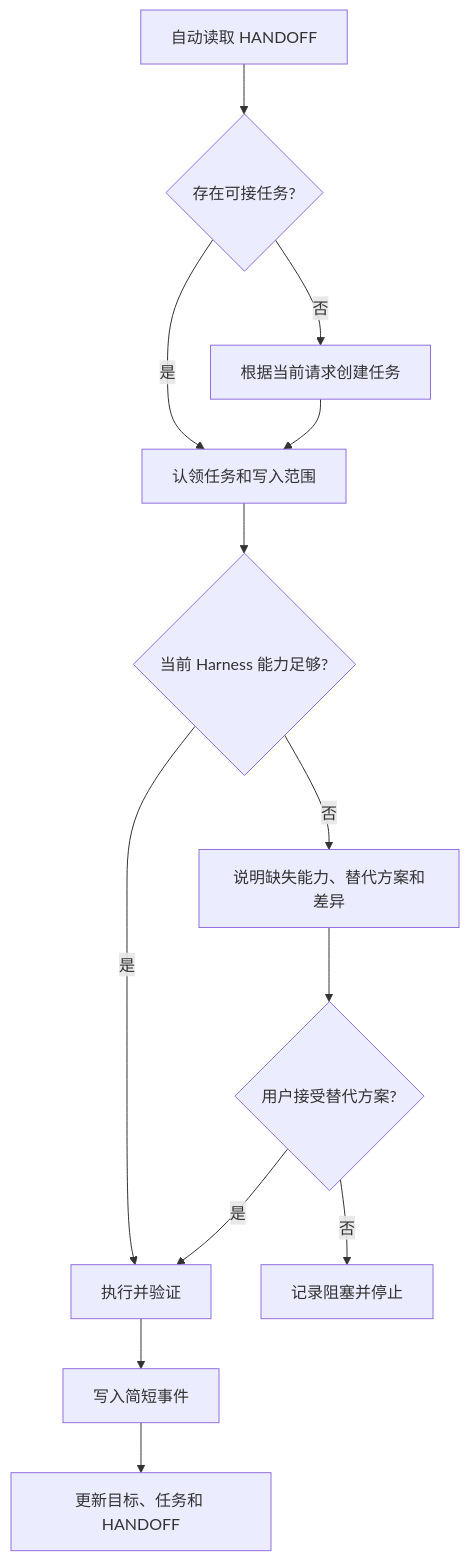
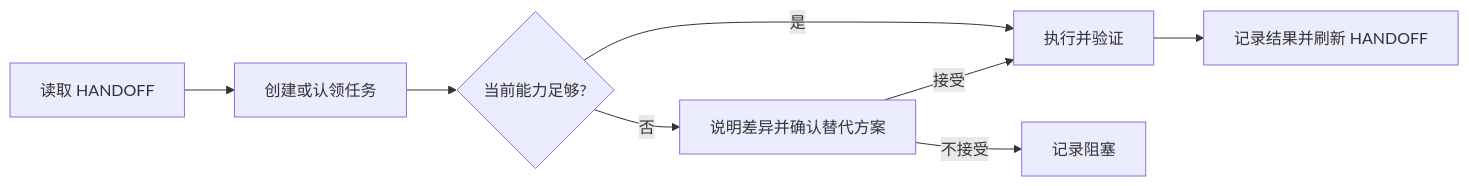
Before and after one commit to chopperH0824/agent-relay: the third of 4 diagrams in README.md, drawn with Mermaid. The commit also changed 1 other file, not shown here.

Commit message:
docs: simplify README workflow diagrams

````diff
--- a/README.md
+++ b/README.md
@@ -316,15 +316,10 @@
 ```mermaid
-flowchart TD
-    A[自动读取 HANDOFF] --> B{存在可接任务?}
-    B -- 是 --> C[认领任务和写入范围]
-    B -- 否 --> D[根据当前请求创建任务]
-    D --> C
-    C --> E{当前 Harness 能力足够?}
-    E -- 是 --> F[执行并验证]
-    E -- 否 --> G[说明缺失能力、替代方案和差异]
-    G --> H{用户接受替代方案?}
-    H -- 是 --> F
-    H -- 否 --> I[记录阻塞并停止]
-    F --> J[写入简短事件]
-    J --> K[更新目标、任务和 HANDOFF]
+flowchart LR
+    A[读取 HANDOFF] --> B[创建或认领任务]
+    B --> C{当前能力足够?}
+    C -- 是 --> D[执行并验证]
+    C -- 否 --> E[说明差异并确认替代方案]
+    E -- 接受 --> D
+    E -- 不接受 --> F[记录阻塞]
+    D --> G[记录结果并刷新 HANDOFF]
 ```
````
